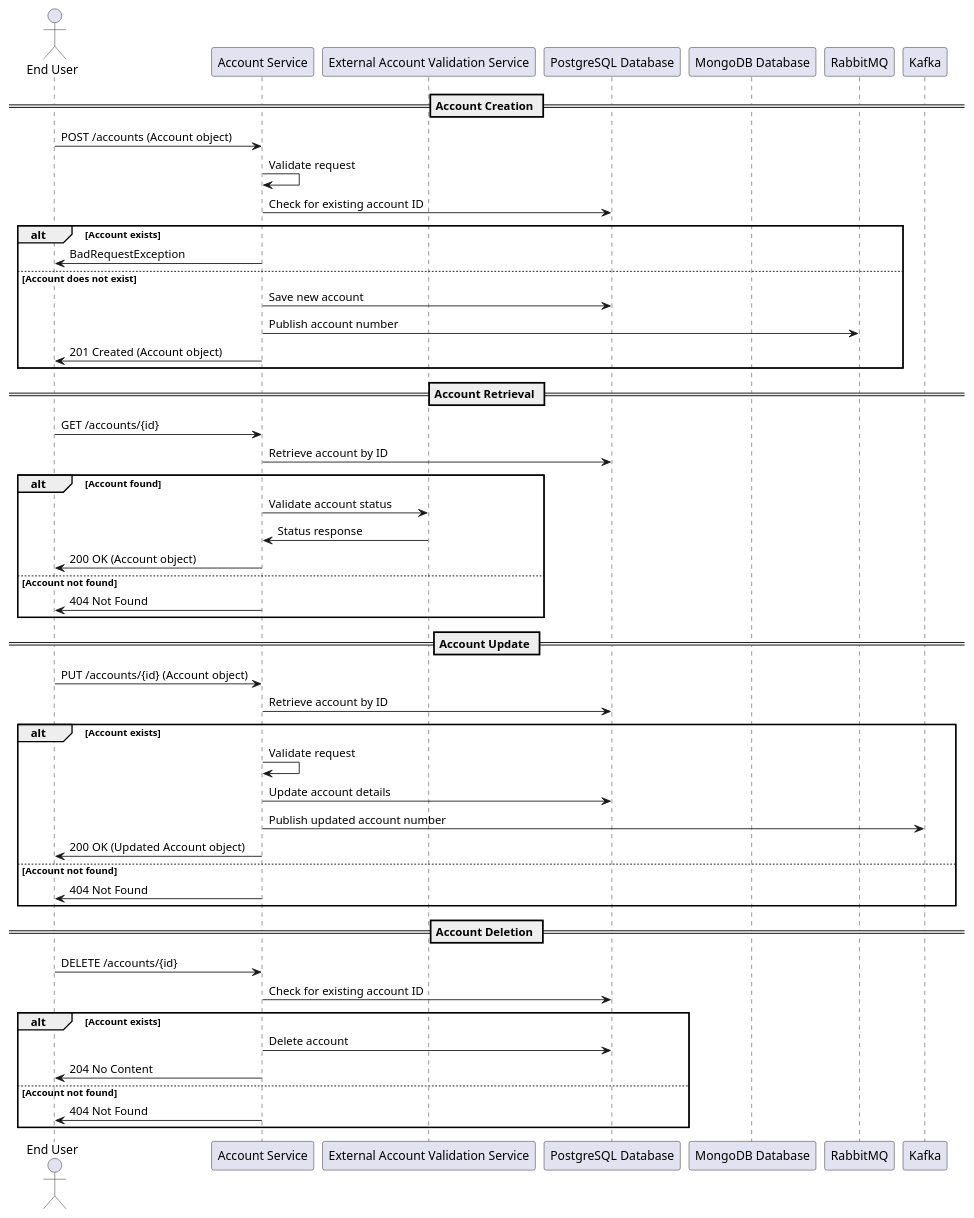
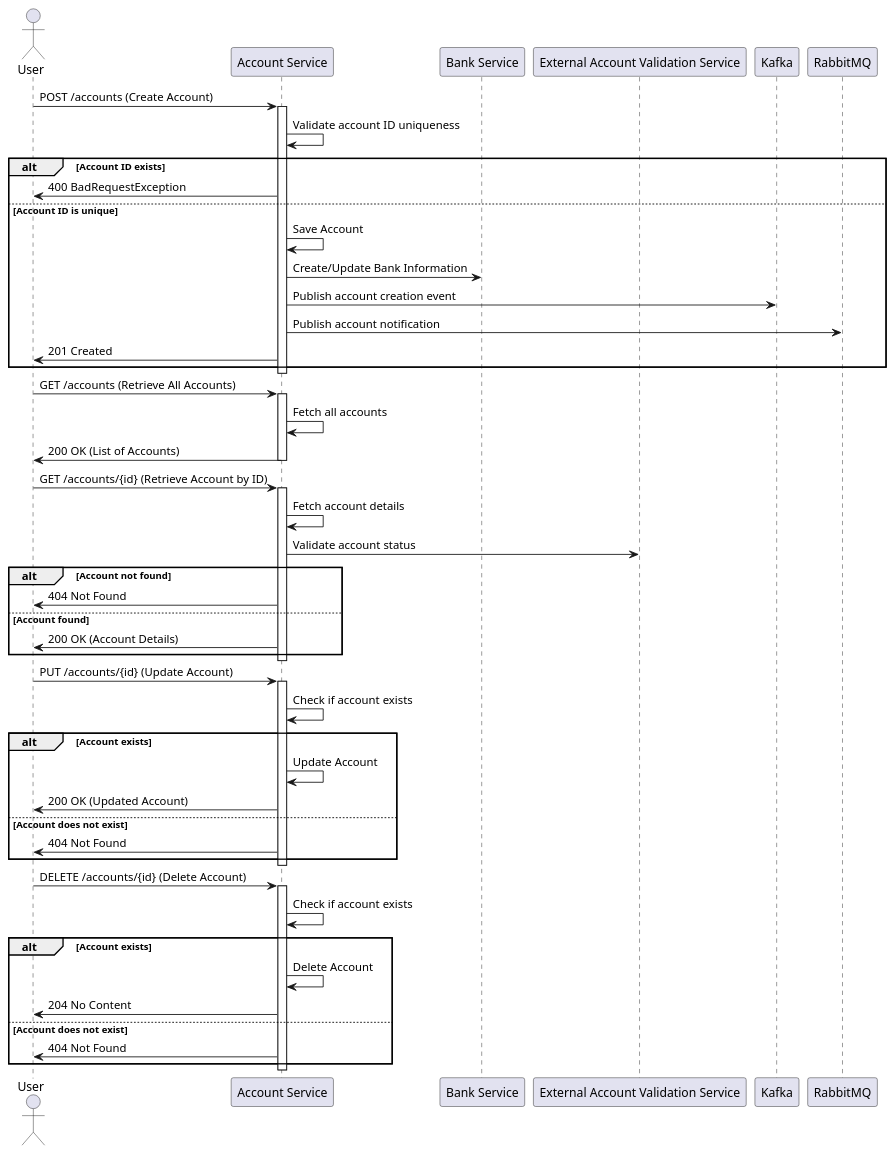
The diagram in design_document/AccountService.md (Bhaskar-Pavan/AccountService), drawn with PlantUML before and after one commit. The commit also changed other lines of this file, not shown here.

````diff
--- a/design_document/AccountService.md
+++ b/design_document/AccountService.md
@@ -40,57 +36,64 @@
 ```plantuml
 @startuml
-actor "End User" as User
-participant "Account Service" as Service
-participant "External Account Validation Service" as ValidationService
-participant "PostgreSQL Database" as PostgreSQL
-participant "MongoDB Database" as MongoDB
+actor User
+participant "Account Service" as AccountService
+participant "Bank Service" as BankService
+participant "External Account Validation Service" as ExternalValidationService
+participant "Kafka" as Kafka
 participant "RabbitMQ" as RabbitMQ
-participant "Kafka" as Kafka
 
-== Account Creation ==
-User -> Service: POST /accounts (Account object)
-Service -> Service: Validate request
-Service -> PostgreSQL: Check for existing account ID
+User -> AccountService : POST /accounts (Create Account)
+activate AccountService
+AccountService -> AccountService : Validate account ID uniqueness
+alt Account ID exists
+    AccountService -> User : 400 BadRequestException
+else Account ID is unique
+    AccountService -> AccountService : Save Account
+    AccountService -> BankService : Create/Update Bank Information
+    AccountService -> Kafka : Publish account creation event
+    AccountService -> RabbitMQ : Publish account notification
+    AccountService -> User : 201 Created
+end
+deactivate AccountService
+
+User -> AccountService : GET /accounts (Retrieve All Accounts)
+activate AccountService
+AccountService -> AccountService : Fetch all accounts
+AccountService -> User : 200 OK (List of Accounts)
+deactivate AccountService
+
+User -> AccountService : GET /accounts/{id} (Retrieve Account by ID)
+activate AccountService
+AccountService -> AccountService : Fetch account details
+AccountService -> ExternalValidationService : Validate account status
+alt Account not found
+    AccountService -> User : 404 Not Found
+else Account found
+    AccountService -> User : 200 OK (Account Details)
+end
+deactivate AccountService
+
+User -> AccountService : PUT /accounts/{id} (Update Account)
+activate AccountService
+AccountService -> AccountService : Check if account exists
 alt Account exists
-    Service -> User: BadRequestException
+    AccountService -> AccountService : Update Account
+    AccountService -> User : 200 OK (Updated Account)
 else Account does not exist
-    Service -> PostgreSQL: Save new account
-    Service -> RabbitMQ: Publish account number
-    Service -> User: 201 Created (Account object)
+    AccountService -> User : 404 Not Found
 end
+deactivate AccountService
 
-== Account Retrieval ==
-User -> Service: GET /accounts/{id}
-Service -> PostgreSQL: Retrieve account by ID
-alt Account found
-    Service -> ValidationService: Validate account status
-    ValidationService -> Service: Status response
-    Service -> User: 200 OK (Account object)
-else Account not found
-    Service -> User: 404 Not Found
+User -> AccountService : DELETE /accounts/{id} (Delete Account)
+activate AccountService
+AccountService -> AccountService : Check if account exists
+alt Account exists
+    AccountService -> AccountService : Delete Account
+    AccountService -> User : 204 No Content
+else Account does not exist
+    AccountService -> User : 404 Not Found
 end
-
-== Account Update ==
-User -> Service: PUT /accounts/{id} (Account object)
-Service -> PostgreSQL: Retrieve account by ID
-alt Account exists
-    Service -> Service: Validate request
-    Service -> PostgreSQL: Update account details
-    Service -> Kafka: Publish updated account number
-    Service -> User: 200 OK (Updated Account object)
-else Account not found
-    Service -> User: 404 Not Found
-end
-
-== Account Deletion ==
-User -> Service: DELETE /accounts/{id}
-Service -> PostgreSQL: Check for existing account ID
-alt Account exists
-    Service -> PostgreSQL: Delete account
-    Service -> User: 204 No Content
-else Account not found
-    Service -> User: 404 Not Found
-end
+deactivate AccountService
 
 @enduml
 ```
````
